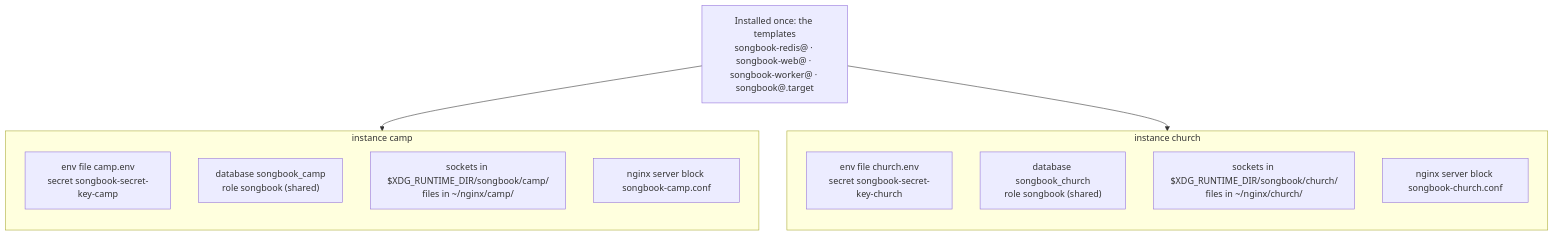
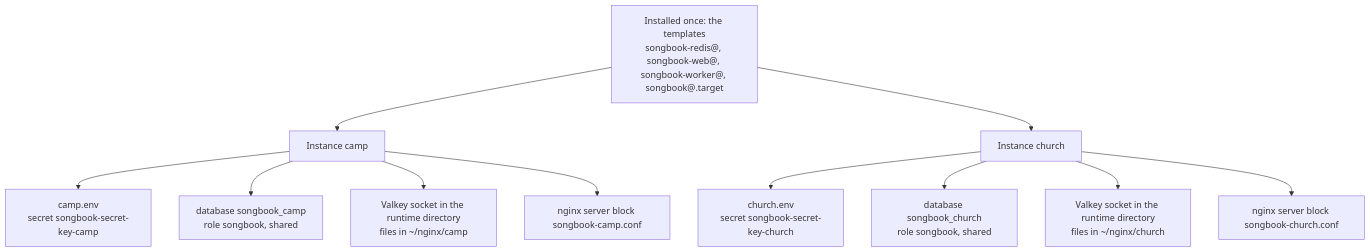
The third of 3 diagrams in deploy/DEPLOY.md (pehala/song-book), drawn with Mermaid before and after one commit. The commit also changed other lines of this file and 1 other file, not shown here.

````diff
--- a/deploy/DEPLOY.md
+++ b/deploy/DEPLOY.md
@@ -257,21 +231,16 @@
 ```mermaid
 flowchart TB
-    tpl["Installed once: the templates<br/>songbook-redis@ · songbook-web@ · songbook-worker@ · songbook@.target"]
-    tpl --> camp
-    tpl --> church
+    tpl["Installed once: the templates<br/>songbook-redis@, songbook-web@, songbook-worker@, songbook@.target"]
+    tpl --> camp["Instance camp"]
+    tpl --> church["Instance church"]
 
-    subgraph camp["instance camp"]
-        direction TB
-        c1["env file camp.env<br/>secret songbook-secret-key-camp"]
-        c2["database songbook_camp<br/>role songbook (shared)"]
-        c3["sockets in $XDG_RUNTIME_DIR/songbook/camp/<br/>files in ~/nginx/camp/"]
-        c4["nginx server block songbook-camp.conf"]
-    end
-    subgraph church["instance church"]
-        direction TB
-        h1["env file church.env<br/>secret songbook-secret-key-church"]
-        h2["database songbook_church<br/>role songbook (shared)"]
-        h3["sockets in $XDG_RUNTIME_DIR/songbook/church/<br/>files in ~/nginx/church/"]
-        h4["nginx server block songbook-church.conf"]
-    end
+    camp --> c1["camp.env<br/>secret songbook-secret-key-camp"]
+    camp --> c2["database songbook_camp<br/>role songbook, shared"]
+    camp --> c3["Valkey socket in the runtime directory<br/>files in ~/nginx/camp"]
+    camp --> c4["nginx server block songbook-camp.conf"]
+
+    church --> h1["church.env<br/>secret songbook-secret-key-church"]
+    church --> h2["database songbook_church<br/>role songbook, shared"]
+    church --> h3["Valkey socket in the runtime directory<br/>files in ~/nginx/church"]
+    church --> h4["nginx server block songbook-church.conf"]
 ```
````
